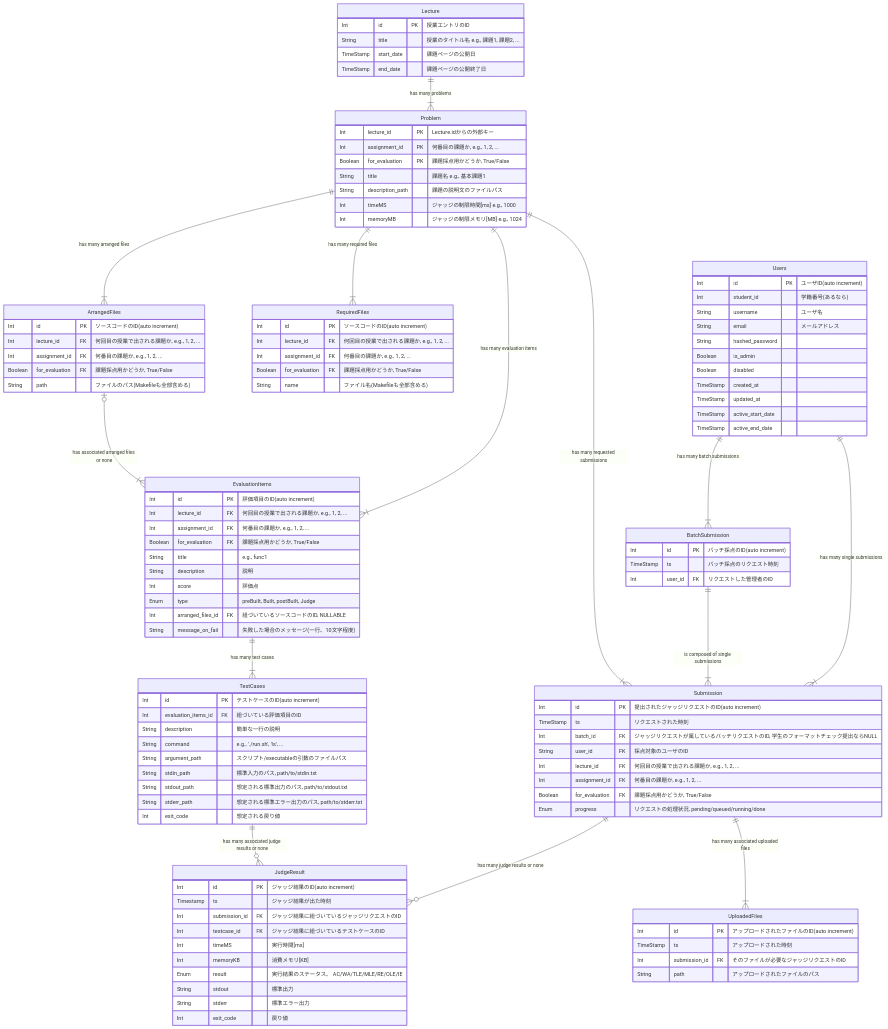
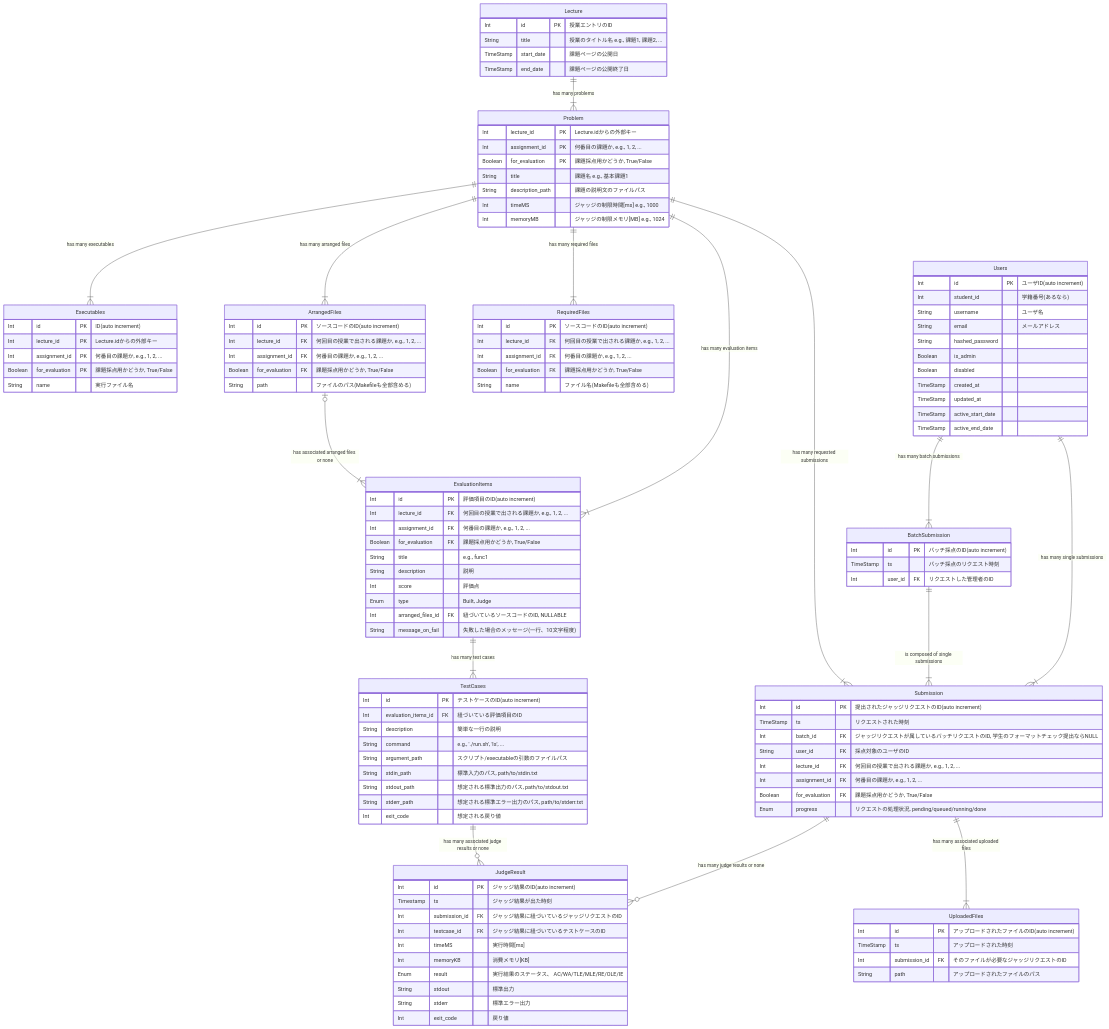
One commit to dsa-uts/dsa-judge changed the first of 2 diagrams in README.md. Above: the diagram before and after it, drawn with Mermaid. The commit also changed 1 other file, not shown here.

Commit message:
executablesを追加し、実行ファイル名チェックも行えるようにした

```diff
--- a/README.md
+++ b/README.md
@@ -23,6 +23,13 @@
 		String description_path "課題の説明文のファイルパス"
 		Int timeMS "ジャッジの制限時間[ms] e.g., 1000"
 		Int memoryMB "ジャッジの制限メモリ[MB] e.g., 1024"
+	}
+	Executables {
+		Int id PK "ID(auto increment)"
+		Int lecture_id PK "Lecture.idからの外部キー"
+		Int assignment_id PK "何番目の課題か, e.g., 1, 2, ..."
+		Boolean for_evaluation PK "課題採点用かどうか, True/False"
+		String name "実行ファイル名"
 	}
 	ArrangedFiles {
 		Int id PK "ソースコードのID(auto increment)"
@@ -46,7 +53,7 @@
 		String title "e.g., func1"
 		String description "説明"
 		Int score "評価点"
-		Enum type "preBuilt, Built, postBuilt, Judge"
+		Enum type "Built, Judge"
 		Int arranged_files_id FK "紐づいているソースコードのID, NULLABLE"
 		String message_on_fail "失敗した場合のメッセージ(一行、10文字程度)"
 	}
@@ -64,6 +71,7 @@
 	Lecture ||--|{ Problem : "has many problems"
 	Problem ||--|{ RequiredFiles : "has many required files"
 	Problem ||--|{ ArrangedFiles : "has many arranged files"
+	Problem ||--|{ Executables : "has many executables"
 	Problem ||--|{ EvaluationItems : "has many evaluation items"
 	ArrangedFiles o|--|{ EvaluationItems : "has associated arranged files or none"
 	EvaluationItems ||--|{ TestCases : "has many test cases"
```
